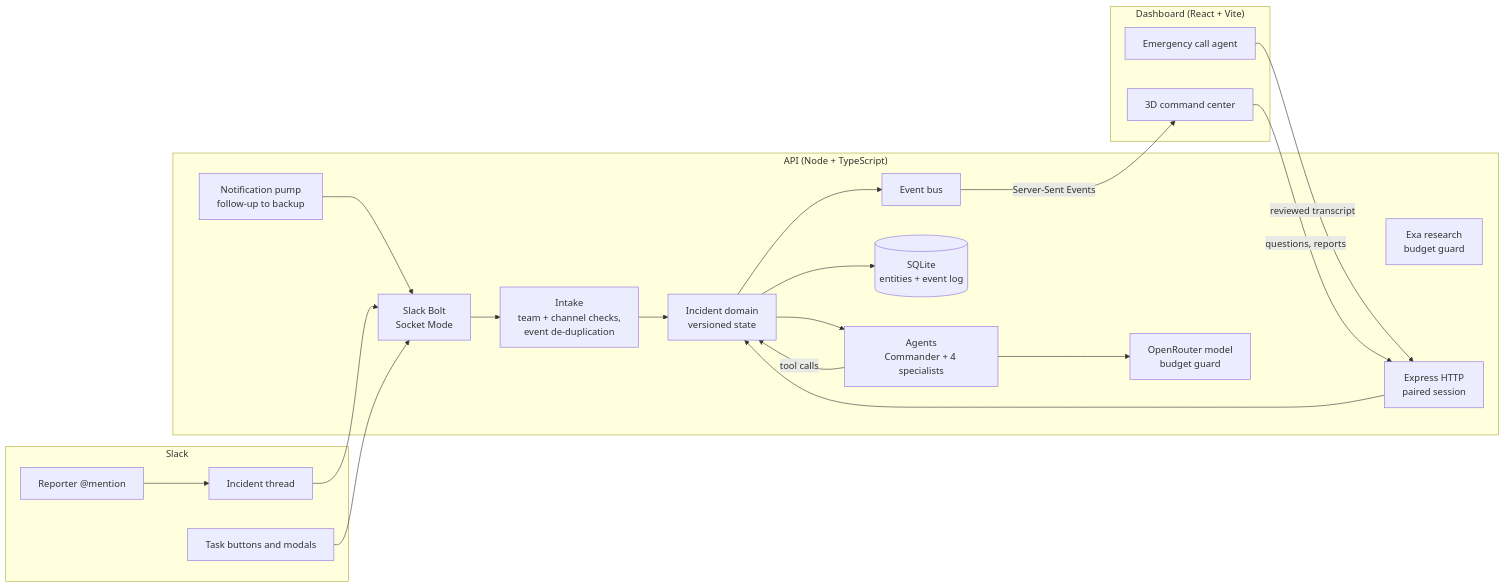
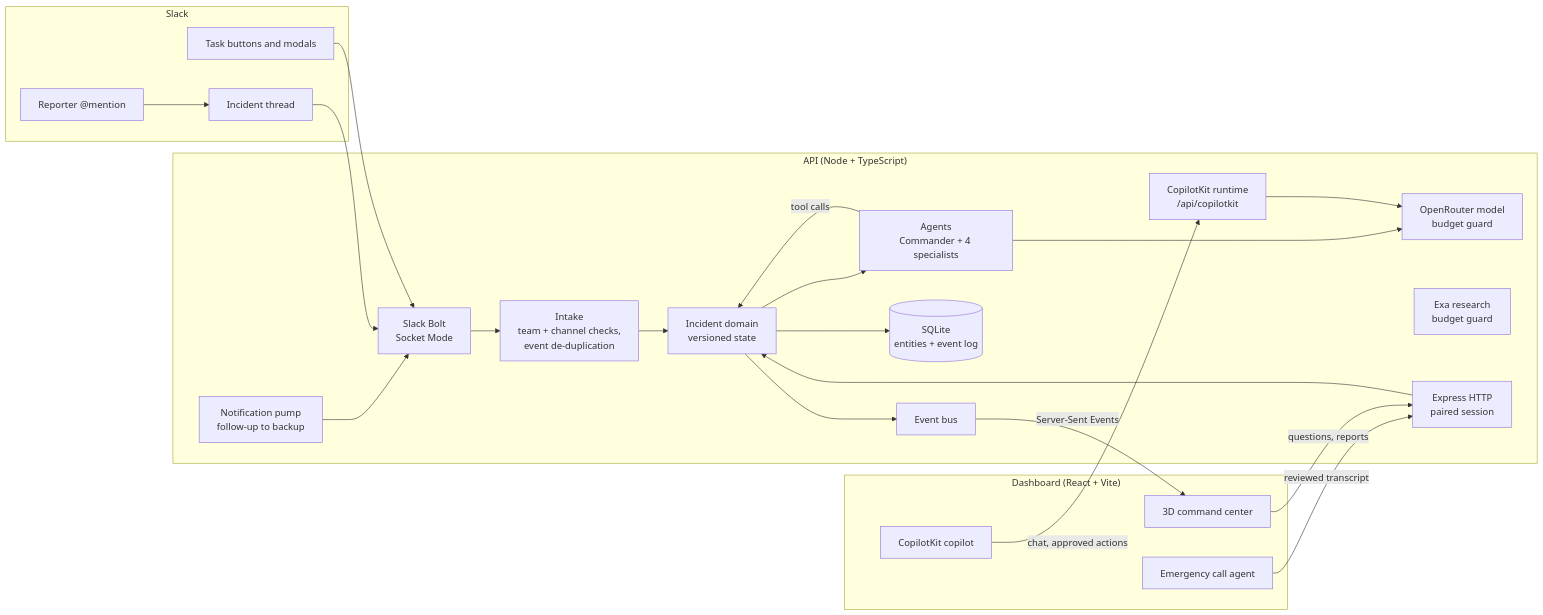
One commit to ritzzi23/SafeSlackForce changed the diagram in README.md. Above: the diagram before and after it, drawn with Mermaid. The commit also changed other lines of this file and 12 other files, not shown here.

First line of the commit message:
Add CopilotKit incident copilot and fix live-run bugs

````diff
--- a/README.md
+++ b/README.md
@@ -98,28 +120,31 @@
 ```mermaid
 flowchart LR
   subgraph Slack
     R[Reporter @mention] --> T[Incident thread]
     B[Task buttons and modals]
   end
   subgraph API["API (Node + TypeScript)"]
     S[Slack Bolt<br/>Socket Mode] --> I[Intake<br/>team + channel checks,<br/>event de-duplication]
     I --> D[Incident domain<br/>versioned state]
     D --> A[Agents<br/>Commander + 4 specialists]
     A -->|tool calls| D
     A --> M[OpenRouter model<br/>budget guard]
     X[Exa research<br/>budget guard]
     N[Notification pump<br/>follow-up to backup] --> S
     D --> ST[(SQLite<br/>entities + event log)]
     D --> E[Event bus]
     H[Express HTTP<br/>paired session] --> D
+    CK[CopilotKit runtime<br/>/api/copilotkit] --> M
   end
   subgraph Browser["Dashboard (React + Vite)"]
     O[3D command center]
     C[Emergency call agent]
+    P[CopilotKit copilot]
   end
   T --> S
   B --> S
   E -->|Server-Sent Events| O
   C -->|reviewed transcript| H
   O -->|questions, reports| H
+  P -->|chat, approved actions| CK
 ```
````
